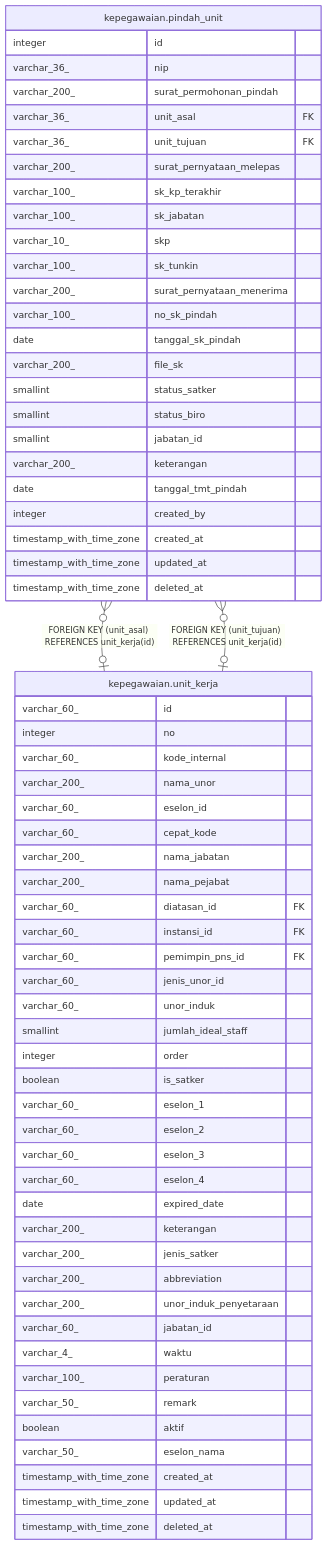
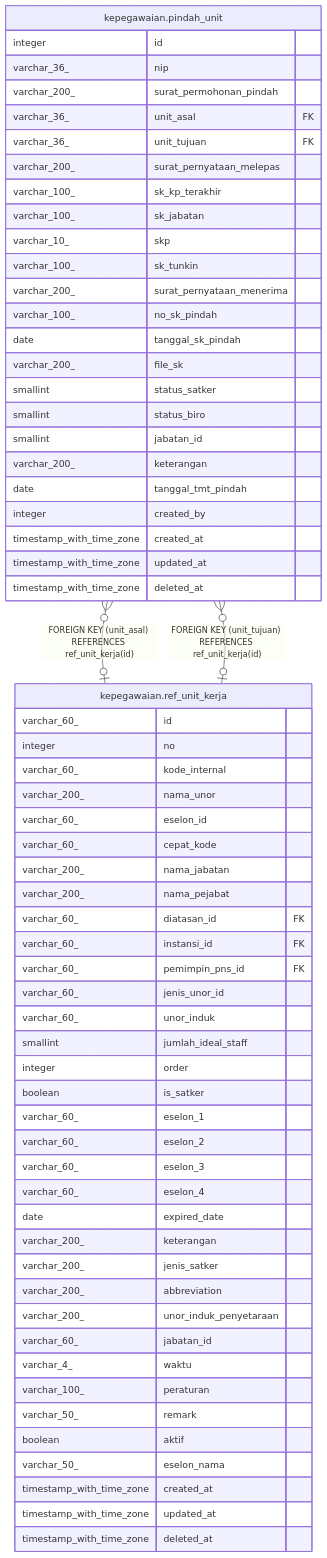
Before and after one commit to nandanugg/triforce.nvim: the diagram in services/kepegawaian/docs/db/kepegawaian.pindah_unit.md, drawn with Mermaid. The commit also changed other lines of this file and 54 other files, not shown here.

````diff
--- a/services/kepegawaian/docs/db/kepegawaian.pindah_unit.md
+++ b/services/kepegawaian/docs/db/kepegawaian.pindah_unit.md
@@ -51,68 +51,68 @@
 ```mermaid
 erDiagram
 
-"kepegawaian.pindah_unit" }o--o| "kepegawaian.unit_kerja" : "FOREIGN KEY (unit_asal) REFERENCES unit_kerja(id)"
-"kepegawaian.pindah_unit" }o--o| "kepegawaian.unit_kerja" : "FOREIGN KEY (unit_tujuan) REFERENCES unit_kerja(id)"
+"kepegawaian.pindah_unit" }o--o| "kepegawaian.ref_unit_kerja" : "FOREIGN KEY (unit_asal) REFERENCES ref_unit_kerja(id)"
+"kepegawaian.pindah_unit" }o--o| "kepegawaian.ref_unit_kerja" : "FOREIGN KEY (unit_tujuan) REFERENCES ref_unit_kerja(id)"
 
 "kepegawaian.pindah_unit" {
   integer id
   varchar_36_ nip
   varchar_200_ surat_permohonan_pindah
   varchar_36_ unit_asal FK
   varchar_36_ unit_tujuan FK
   varchar_200_ surat_pernyataan_melepas
   varchar_100_ sk_kp_terakhir
   varchar_100_ sk_jabatan
   varchar_10_ skp
   varchar_100_ sk_tunkin
   varchar_200_ surat_pernyataan_menerima
   varchar_100_ no_sk_pindah
   date tanggal_sk_pindah
   varchar_200_ file_sk
   smallint status_satker
   smallint status_biro
   smallint jabatan_id
   varchar_200_ keterangan
   date tanggal_tmt_pindah
   integer created_by
   timestamp_with_time_zone created_at
   timestamp_with_time_zone updated_at
   timestamp_with_time_zone deleted_at
 }
-"kepegawaian.unit_kerja" {
+"kepegawaian.ref_unit_kerja" {
   varchar_60_ id
   integer no
   varchar_60_ kode_internal
   varchar_200_ nama_unor
   varchar_60_ eselon_id
   varchar_60_ cepat_kode
   varchar_200_ nama_jabatan
   varchar_200_ nama_pejabat
   varchar_60_ diatasan_id FK
   varchar_60_ instansi_id FK
   varchar_60_ pemimpin_pns_id FK
   varchar_60_ jenis_unor_id
   varchar_60_ unor_induk
   smallint jumlah_ideal_staff
   integer order
   boolean is_satker
   varchar_60_ eselon_1
   varchar_60_ eselon_2
   varchar_60_ eselon_3
   varchar_60_ eselon_4
   date expired_date
   varchar_200_ keterangan
   varchar_200_ jenis_satker
   varchar_200_ abbreviation
   varchar_200_ unor_induk_penyetaraan
   varchar_60_ jabatan_id
   varchar_4_ waktu
   varchar_100_ peraturan
   varchar_50_ remark
   boolean aktif
   varchar_50_ eselon_nama
   timestamp_with_time_zone created_at
   timestamp_with_time_zone updated_at
   timestamp_with_time_zone deleted_at
 }
 ```
````
